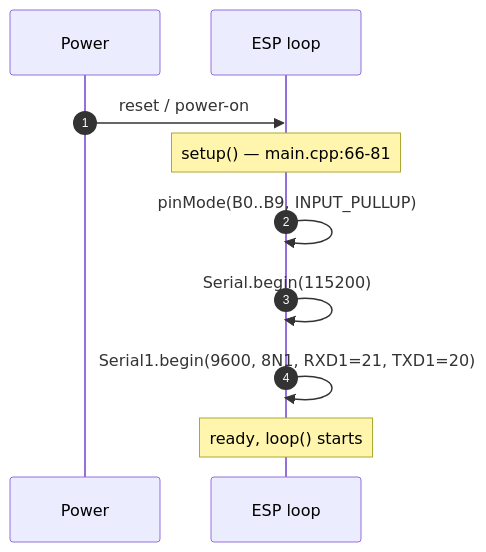
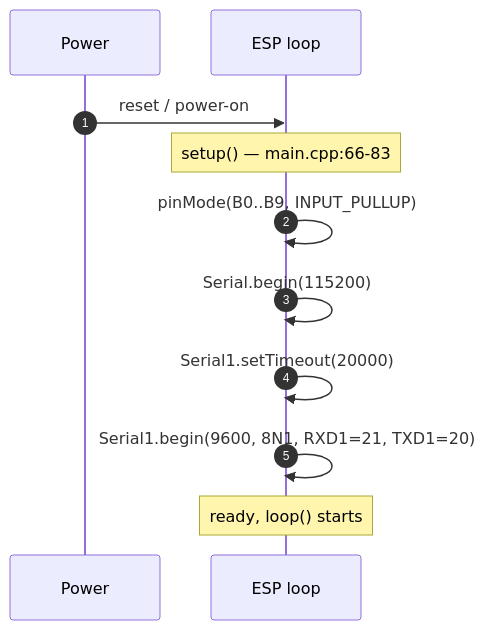
The first of 4 diagrams in docs/esp32-c3/sequence-diagrams.md (Hubert005/IoT_Projekt), drawn with Mermaid before and after one commit. The commit also changed other lines of this file and 19 other files, not shown here.

````diff
--- a/docs/esp32-c3/sequence-diagrams.md
+++ b/docs/esp32-c3/sequence-diagrams.md
@@ -9,12 +9,13 @@
 ```mermaid
 sequenceDiagram
     autonumber
     participant Pwr as Power
     participant ESP as ESP loop
     Pwr->>ESP: reset / power-on
-    Note over ESP: setup() — main.cpp:66-81
+    Note over ESP: setup() — main.cpp:66-83
     ESP->>ESP: pinMode(B0..B9, INPUT_PULLUP)
     ESP->>ESP: Serial.begin(115200)
+    ESP->>ESP: Serial1.setTimeout(20000)
     ESP->>ESP: Serial1.begin(9600, 8N1, RXD1=21, TXD1=20)
     Note over ESP: ready, loop() starts
 ```
````
